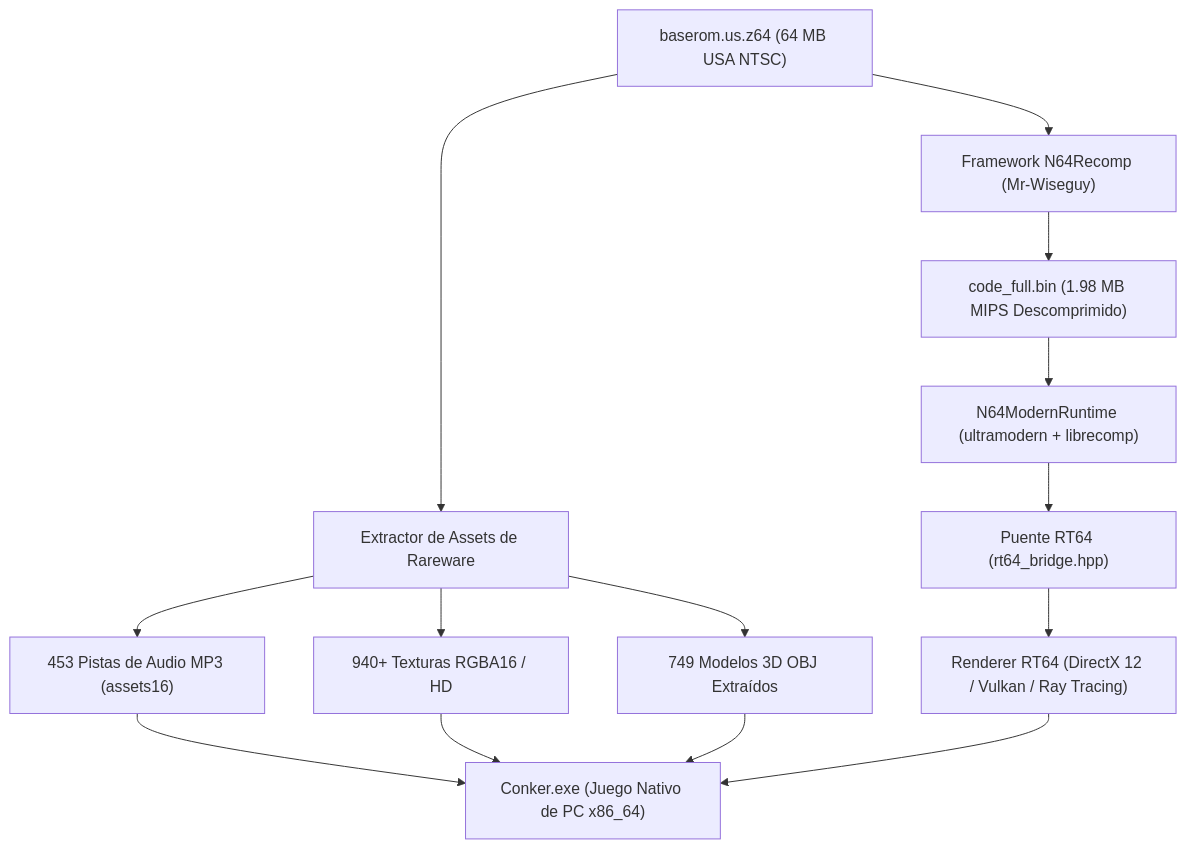
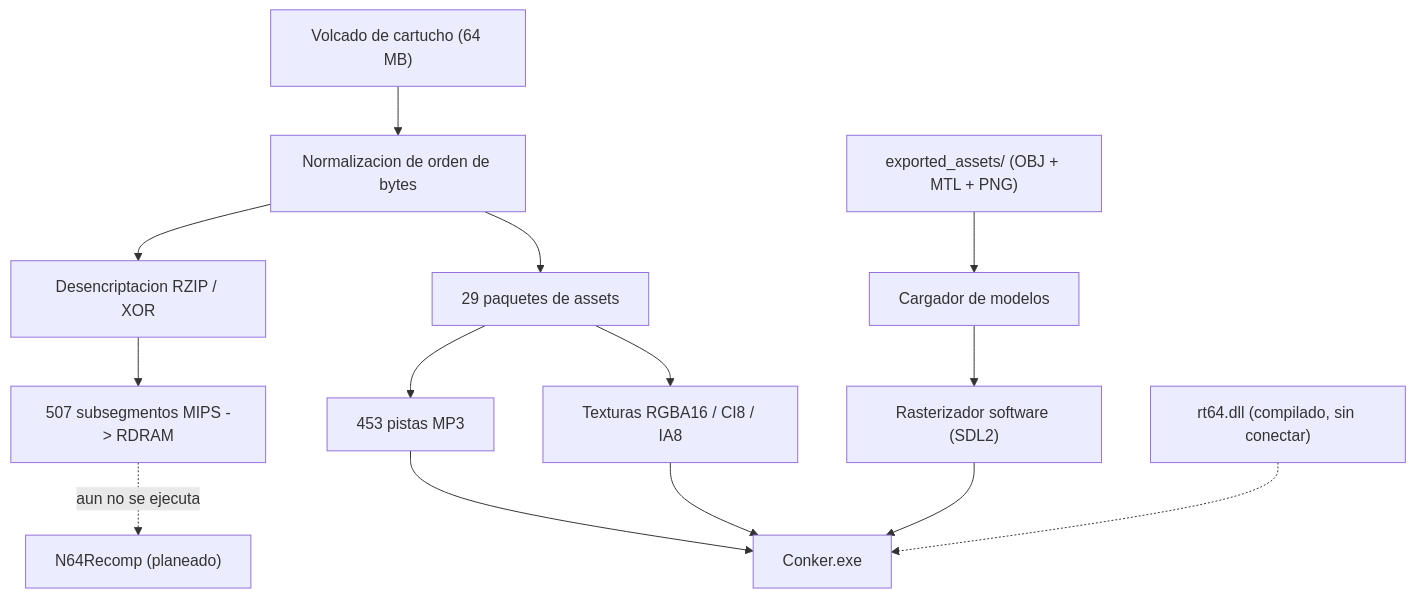
The diagram in README.es.md (Conker64Recomp/conker64-recompiled), drawn with Mermaid before and after one commit. The commit also changed other lines of this file and 12 other files, not shown here.

````diff
--- a/README.es.md
+++ b/README.es.md
@@ -47,19 +89,21 @@
 ```mermaid
 graph TD
-    ROM["baserom.us.z64 (64 MB USA NTSC)"] --> EXT["Extractor de Assets de Rareware"]
-    EXT --> AUD["453 Pistas de Audio MP3 (assets16)"]
-    EXT --> TEX["940+ Texturas RGBA16 / HD"]
-    EXT --> MOD["749 Modelos 3D OBJ Extraídos"]
-    
-    ROM --> REC["Framework N64Recomp (Mr-Wiseguy)"]
-    REC --> CODE["code_full.bin (1.98 MB MIPS Descomprimido)"]
-    
-    CODE --> RUNTIME["N64ModernRuntime (ultramodern + librecomp)"]
-    RUNTIME --> BRIDGE["Puente RT64 (rt64_bridge.hpp)"]
-    BRIDGE --> RT64["Renderer RT64 (DirectX 12 / Vulkan / Ray Tracing)"]
-    
-    AUD --> EXE["Conker.exe (Juego Nativo de PC x86_64)"]
+    ROM["Volcado de cartucho (64 MB)"] --> ORDER["Normalizacion de orden de bytes"]
+    ORDER --> RZIP["Desencriptacion RZIP / XOR"]
+    ORDER --> PKG["29 paquetes de assets"]
+
+    RZIP --> CODE["507 subsegmentos MIPS -> RDRAM"]
+    CODE -.->|aun no se ejecuta| RECOMP["N64Recomp (planeado)"]
+
+    PKG --> AUD["453 pistas MP3"]
+    PKG --> TEX["Texturas RGBA16 / CI8 / IA8"]
+
+    DISK["exported_assets/ (OBJ + MTL + PNG)"] --> MESH["Cargador de modelos"]
+
+    AUD --> EXE["Conker.exe"]
     TEX --> EXE
-    MOD --> EXE
-    RT64 --> EXE
+    MESH --> RAST["Rasterizador software (SDL2)"]
+    RAST --> EXE
+
+    RT64["rt64.dll (compilado, sin conectar)"] -.-> EXE
 ```
````
